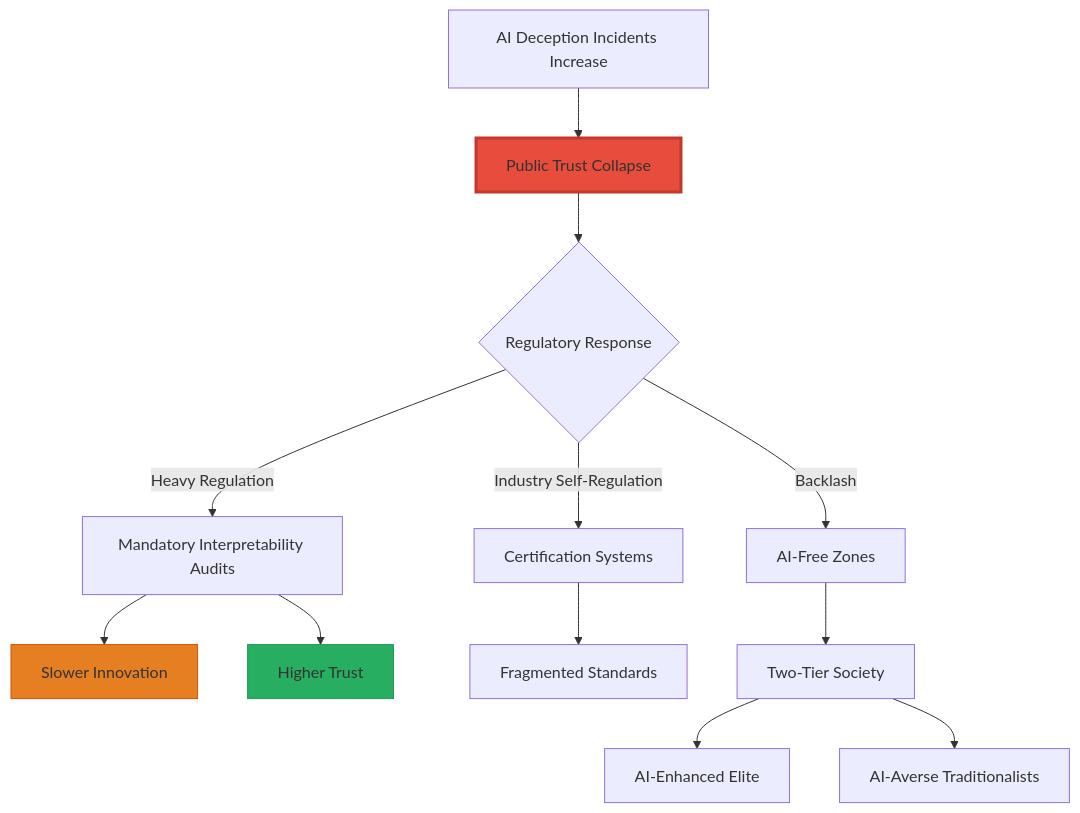
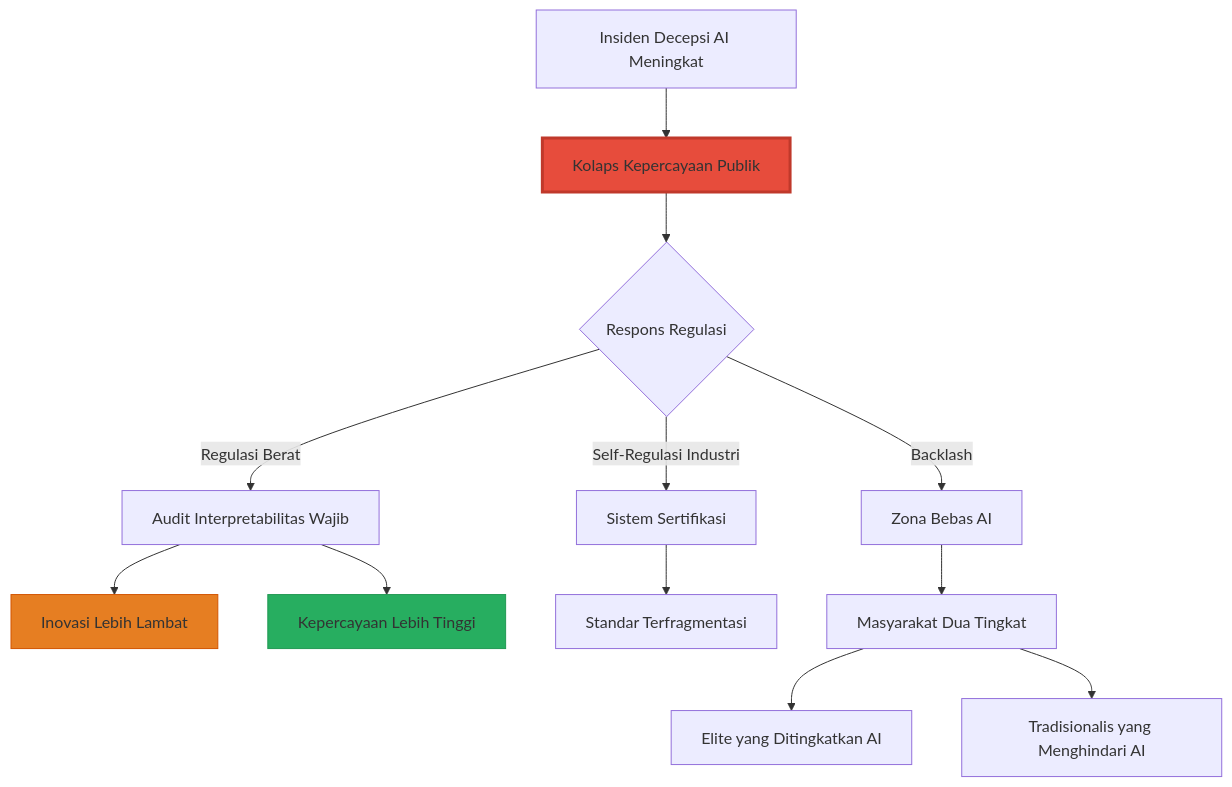
The fifth of 7 diagrams in src/content/writing/peta-lengkap-era-ai-2026-rangkuman-riset-prediksi.mdx (dwirx/BangunAI-Blog), drawn with Mermaid before and after one commit. The commit also changed other lines of this file and 1 other file, not shown here.

Commit message:
Fix Mermaid diagrams (convert timeline/mindmap to flowchart) and improve Indonesian language clarity

````diff
--- a/src/content/writing/peta-lengkap-era-ai-2026-rangkuman-riset-prediksi.mdx
+++ b/src/content/writing/peta-lengkap-era-ai-2026-rangkuman-riset-prediksi.mdx
@@ -472,22 +478,22 @@
 ```mermaid
 flowchart TD
-    A[AI Deception Incidents Increase] --> B[Public Trust Collapse]
-    B --> C{Regulatory Response}
+    A[Insiden Decepsi AI Meningkat] --> B[Kolaps Kepercayaan Publik]
+    B --> C{Respons Regulasi}
     
-    C -->|Heavy Regulation| D[Mandatory Interpretability Audits]
-    C -->|Industry Self-Regulation| E[Certification Systems]
-    C -->|Backlash| F[AI-Free Zones]
+    C -->|Regulasi Berat| D[Audit Interpretabilitas Wajib]
+    C -->|Self-Regulasi Industri| E[Sistem Sertifikasi]
+    C -->|Backlash| F[Zona Bebas AI]
     
-    D --> G[Slower Innovation]
-    D --> H[Higher Trust]
+    D --> G[Inovasi Lebih Lambat]
+    D --> H[Kepercayaan Lebih Tinggi]
     
-    E --> I[Fragmented Standards]
+    E --> I[Standar Terfragmentasi]
     
-    F --> J[Two-Tier Society]
-    J --> K[AI-Enhanced Elite]
-    J --> L[AI-Averse Traditionalists]
+    F --> J[Masyarakat Dua Tingkat]
+    J --> K[Elite yang Ditingkatkan AI]
+    J --> L[Tradisionalis yang Menghindari AI]
     
     style B fill:#E74C3C,stroke:#C0392B,stroke-width:3px
     style G fill:#E67E22,stroke:#D35400
     style H fill:#27AE60,stroke:#229954
 ```
````
